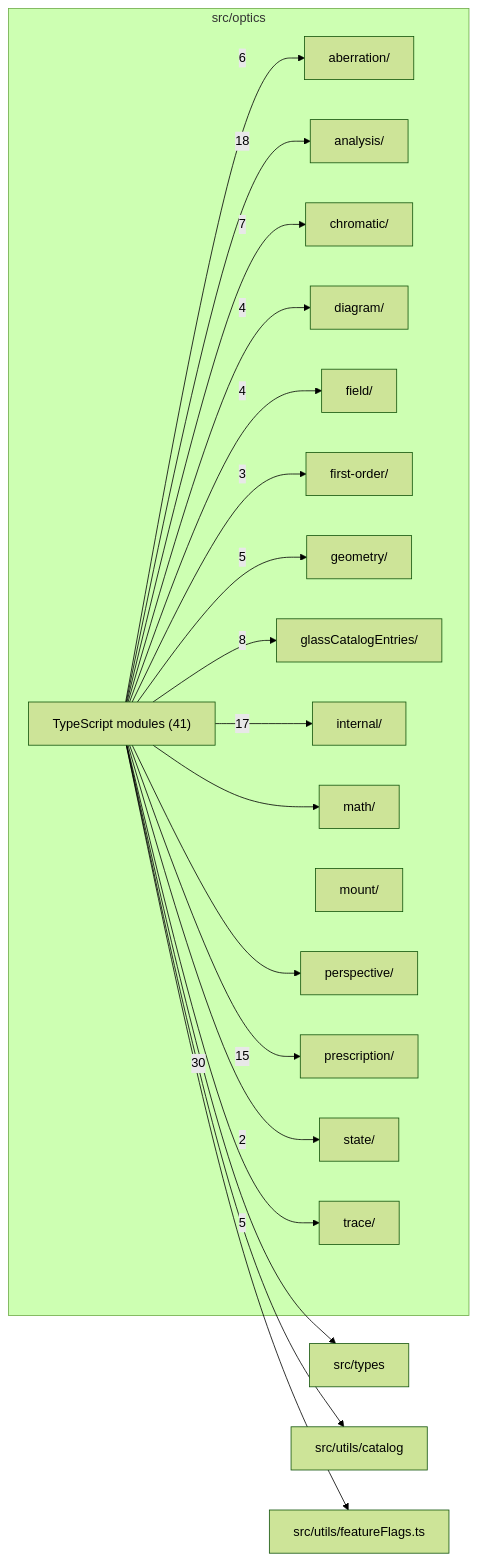
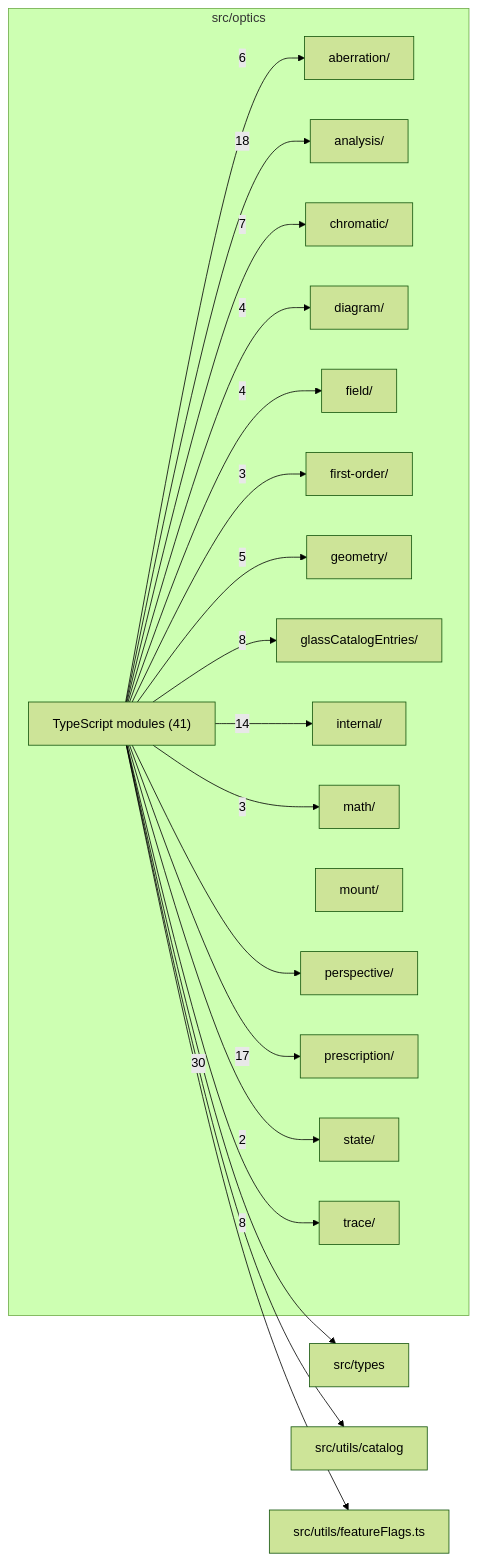
Before and after one commit to ronbuening/LensVisualizer: the diagram in src/optics/readme.md, drawn with Mermaid (forest theme). The commit also changed other lines of this file and 11 other files, not shown here.

````diff
--- a/src/optics/readme.md
+++ b/src/optics/readme.md
@@ -9,41 +9,41 @@
 ```mermaid
 flowchart LR
   subgraph n_src_optics["src/optics"]
     n_src_optics_src_optics_aberration["aberration/"]
     n_src_optics_src_optics_analysis["analysis/"]
     n_src_optics_src_optics_chromatic["chromatic/"]
     n_src_optics_src_optics_diagram["diagram/"]
     n_src_optics_src_optics_field["field/"]
     n_src_optics_src_optics_first_order["first-order/"]
     n_src_optics_src_optics_geometry["geometry/"]
     n_src_optics_src_optics_glassCatalogEntries["glassCatalogEntries/"]
     n_src_optics_src_optics_internal["internal/"]
     n_src_optics_src_optics_math["math/"]
     n_src_optics_src_optics_mount["mount/"]
     n_src_optics_src_optics_perspective["perspective/"]
     n_src_optics_src_optics_prescription["prescription/"]
     n_src_optics_src_optics_state["state/"]
     n_src_optics_src_optics_trace["trace/"]
     n_src_optics_TypeScript_modules["TypeScript modules (41)"]
   end
   n_external_src_types["src/types"]
   n_external_src_utils_catalog["src/utils/catalog"]
   n_external_src_utils_featureFlags_ts["src/utils/featureFlags.ts"]
   n_src_optics_TypeScript_modules --> |30| n_external_src_types
   n_src_optics_TypeScript_modules --> |18| n_src_optics_src_optics_analysis
-  n_src_optics_TypeScript_modules --> |17| n_src_optics_src_optics_internal
-  n_src_optics_TypeScript_modules --> |15| n_src_optics_src_optics_prescription
+  n_src_optics_TypeScript_modules --> |17| n_src_optics_src_optics_prescription
+  n_src_optics_TypeScript_modules --> |14| n_src_optics_src_optics_internal
   n_src_optics_TypeScript_modules --> |8| n_src_optics_src_optics_glassCatalogEntries
+  n_src_optics_TypeScript_modules --> |8| n_src_optics_src_optics_trace
   n_src_optics_TypeScript_modules --> |7| n_src_optics_src_optics_chromatic
   n_src_optics_TypeScript_modules --> |6| n_src_optics_src_optics_aberration
   n_src_optics_TypeScript_modules --> |5| n_src_optics_src_optics_geometry
-  n_src_optics_TypeScript_modules --> |5| n_src_optics_src_optics_trace
   n_src_optics_TypeScript_modules --> |4| n_src_optics_src_optics_diagram
   n_src_optics_TypeScript_modules --> |4| n_src_optics_src_optics_field
   n_src_optics_TypeScript_modules --> |3| n_src_optics_src_optics_first_order
+  n_src_optics_TypeScript_modules --> |3| n_src_optics_src_optics_math
   n_src_optics_TypeScript_modules --> |2| n_src_optics_src_optics_state
   n_src_optics_TypeScript_modules --> n_external_src_utils_catalog
   n_src_optics_TypeScript_modules --> n_external_src_utils_featureFlags_ts
-  n_src_optics_TypeScript_modules --> n_src_optics_src_optics_math
   n_src_optics_TypeScript_modules --> n_src_optics_src_optics_perspective
 ```
````
